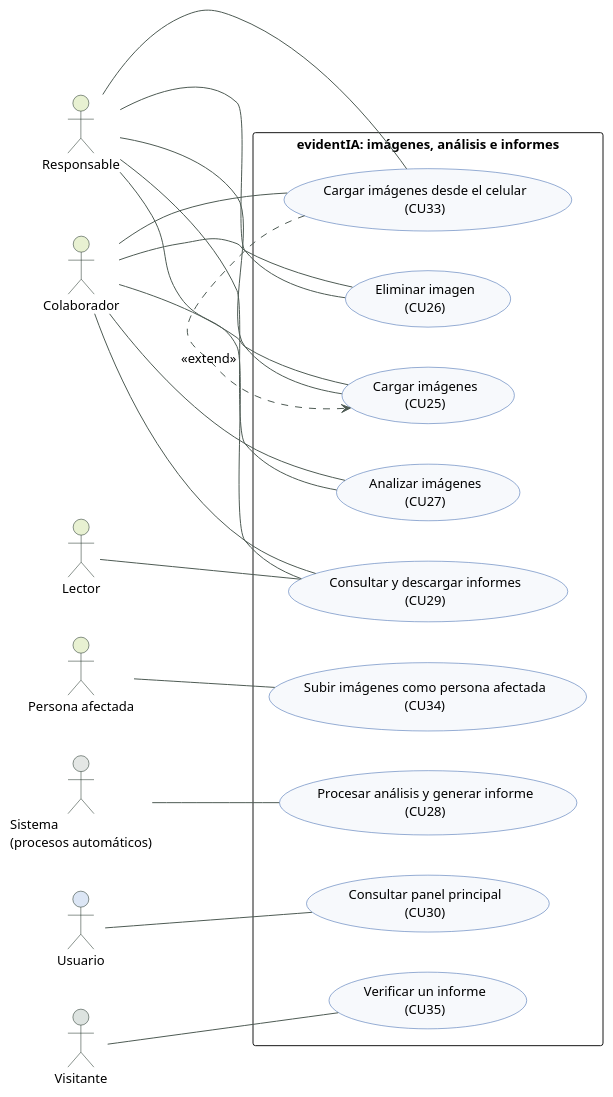
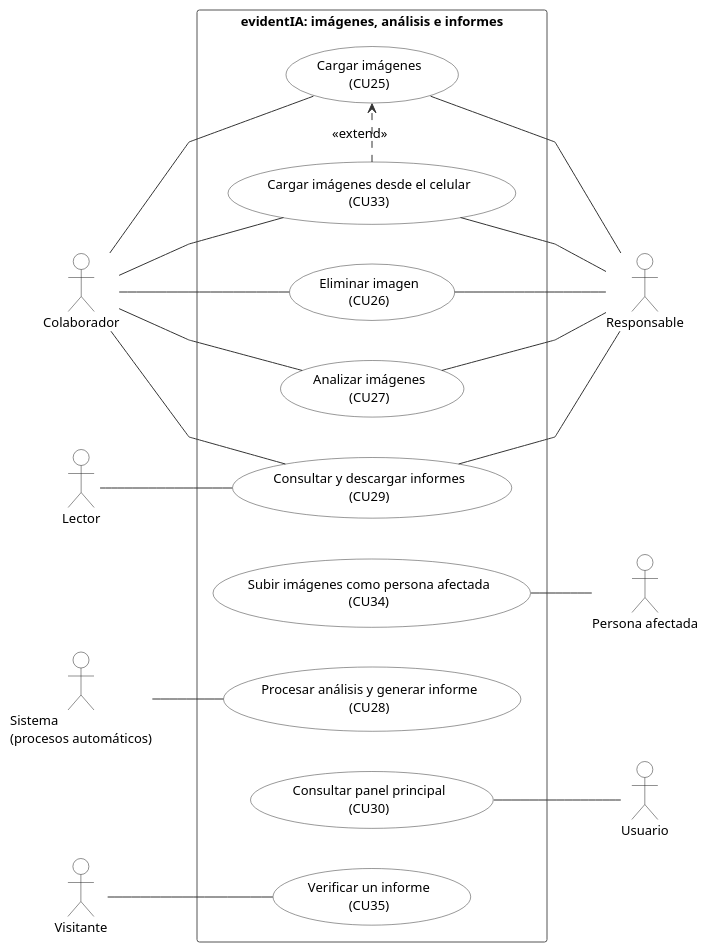
Before and after one commit to valentinasalmon/PFG-sistema-deteccion-IA: the diagram in docs/arquitectura/diagramas/09d-casos-de-uso.puml, drawn with PlantUML. The commit also changed 32 other files, not shown here.

First line of the commit message:
estilo(diagramas): diagramas ordenados con aspecto de hechos a mano

```diff
--- a/docs/arquitectura/diagramas/09d-casos-de-uso.puml
+++ b/docs/arquitectura/diagramas/09d-casos-de-uso.puml
@@ -1,48 +1,58 @@
 @startuml casos-de-uso-imágenesanálisiseinformes
 skinparam defaultFontName Arial
 skinparam defaultFontSize 13
 skinparam shadowing false
 skinparam ArrowColor #4E5B54
 skinparam nodesep 40
 skinparam ranksep 55
+skinparam linetype polyline
+skinparam ArrowColor #333333
+skinparam actor {
+  BorderColor #222222
+  BackgroundColor #FFFFFF
+}
+skinparam usecase {
+  BorderColor #333333
+  BackgroundColor #FFFFFF
+}
+skinparam rectangle {
+  BorderColor #555555
+  FontStyle bold
+}
 left to right direction
-skinparam usecaseBackgroundColor #F7F9FC
-skinparam usecaseBorderColor #2F5DA8
-skinparam actorBorderColor #17291F
-skinparam packageStyle rectangle
 
-actor "Colaborador" as colaborador #E8F1D2
-actor "Lector" as lector #E8F1D2
-actor "Persona afectada" as personaafectada #E8F1D2
-actor "Responsable" as responsable #E8F1D2
-actor "Sistema\n(procesos automáticos)" as sistema #E4E7E5
-actor "Usuario" as usuario #DCE6F5
-actor "Visitante" as visitante #DDE3E0
+actor "Colaborador" as colaborador
+actor "Responsable" as responsable
+actor "Lector" as lector
+actor "Persona afectada" as personaafectada
+actor "Sistema\n(procesos automáticos)" as sistema
+actor "Usuario" as usuario
+actor "Visitante" as visitante
 rectangle "evidentIA: imágenes, análisis e informes" {
   usecase "Cargar imágenes\n(CU25)" as CU25
   usecase "Eliminar imagen\n(CU26)" as CU26
   usecase "Analizar imágenes\n(CU27)" as CU27
-  usecase "Procesar análisis y generar informe\n(CU28)" as CU28
   usecase "Consultar y descargar informes\n(CU29)" as CU29
-  usecase "Consultar panel principal\n(CU30)" as CU30
   usecase "Cargar imágenes desde el celular\n(CU33)" as CU33
   usecase "Subir imágenes como persona afectada\n(CU34)" as CU34
+  usecase "Procesar análisis y generar informe\n(CU28)" as CU28
+  usecase "Consultar panel principal\n(CU30)" as CU30
   usecase "Verificar un informe\n(CU35)" as CU35
 }
-responsable -- CU25
+CU25 -- responsable
 colaborador -- CU25
-responsable -- CU26
+CU26 -- responsable
 colaborador -- CU26
-responsable -- CU27
+CU27 -- responsable
 colaborador -- CU27
-sistema -- CU28
-responsable -- CU29
+CU29 -- responsable
 colaborador -- CU29
 lector -- CU29
-usuario -- CU30
-responsable -- CU33
+CU33 -- responsable
 colaborador -- CU33
-personaafectada -- CU34
+CU34 -- personaafectada
+sistema -- CU28
+CU30 -- usuario
 visitante -- CU35
 CU33 .> CU25 : <<extend>>
 @enduml
```
